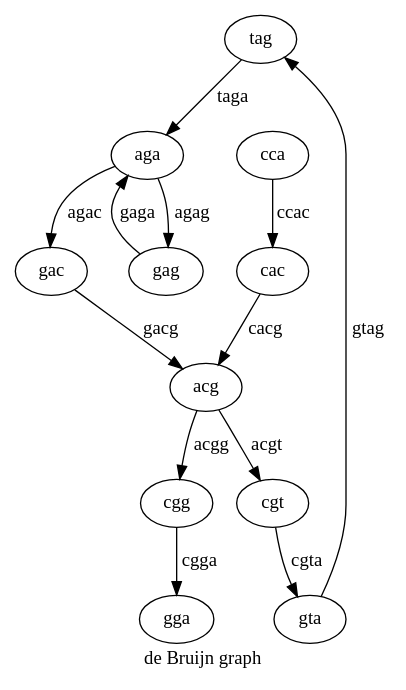
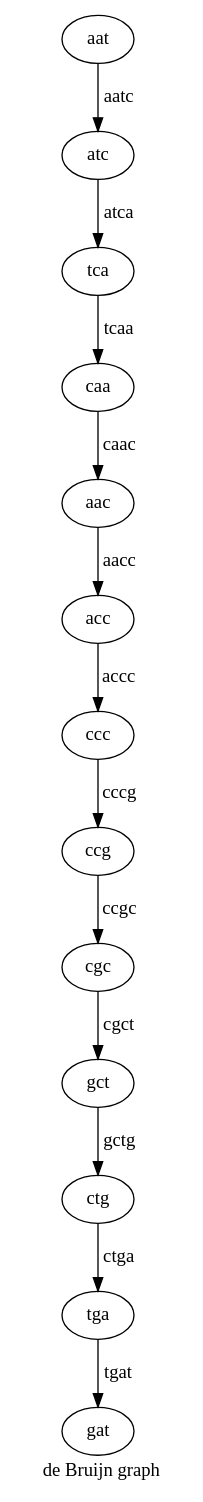
One commit to Jweston1080/Bioinfo changed the diagram in P2/deBruijn.dot. Above: the diagram before and after it, drawn with Graphviz. The commit also changed 7 other files, not shown here.

```diff
--- a/P2/deBruijn.dot
+++ b/P2/deBruijn.dot
@@ -1,15 +1,15 @@
 digraph {
 label="de Bruijn graph"
-tag->aga[label=taga];
-aga->gag[label=agag];
-aga->gac[label=agac];
-gag->aga[label=gaga];
-acg->cgt[label=acgt];
-acg->cgg[label=acgg];
-cgt->gta[label=cgta];
-gac->acg[label=gacg];
-cac->acg[label=cacg];
-gta->tag[label=gtag];
-cca->cac[label=ccac];
-cgg->gga[label=cgga];
+ccc->ccg[label=cccg];
+ccg->cgc[label=ccgc];
+acc->ccc[label=accc];
+aac->acc[label=aacc];
+gct->ctg[label=gctg];
+ctg->tga[label=ctga];
+atc->tca[label=atca];
+tca->caa[label=tcaa];
+caa->aac[label=caac];
+cgc->gct[label=cgct];
+tga->gat[label=tgat];
+aat->atc[label=aatc];
 }
```
